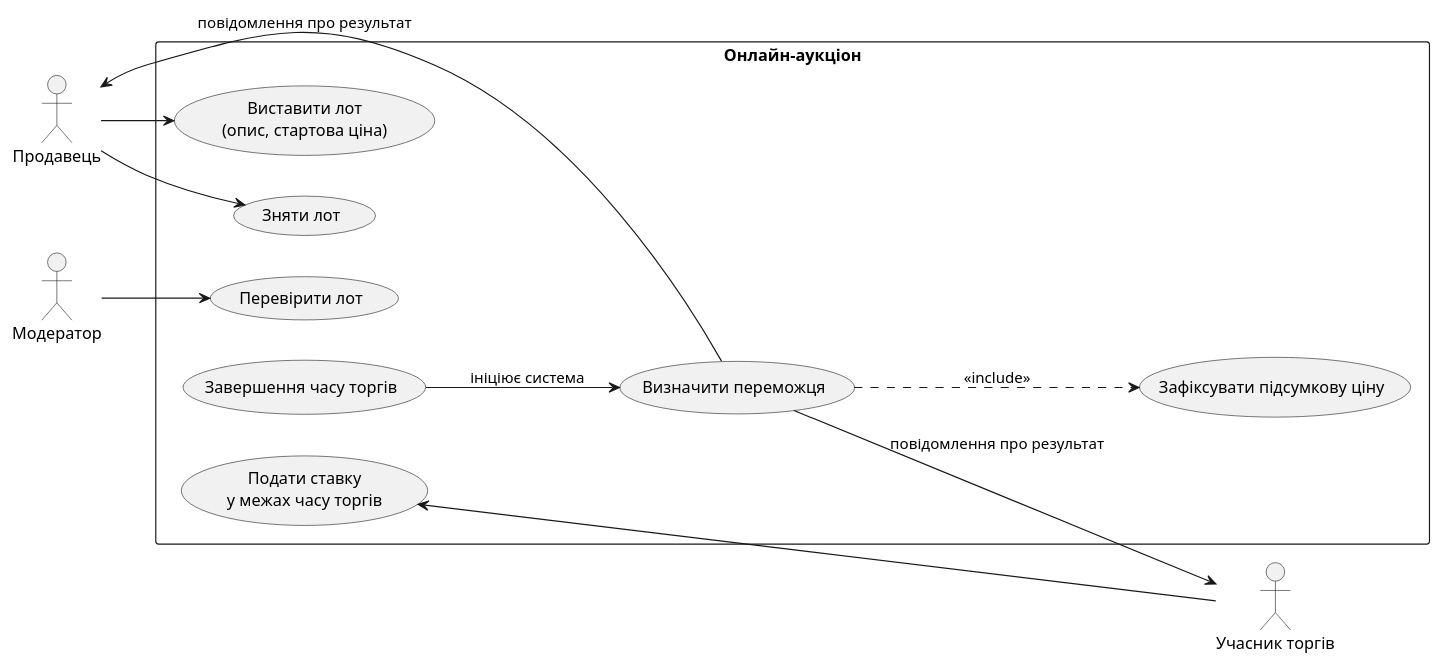
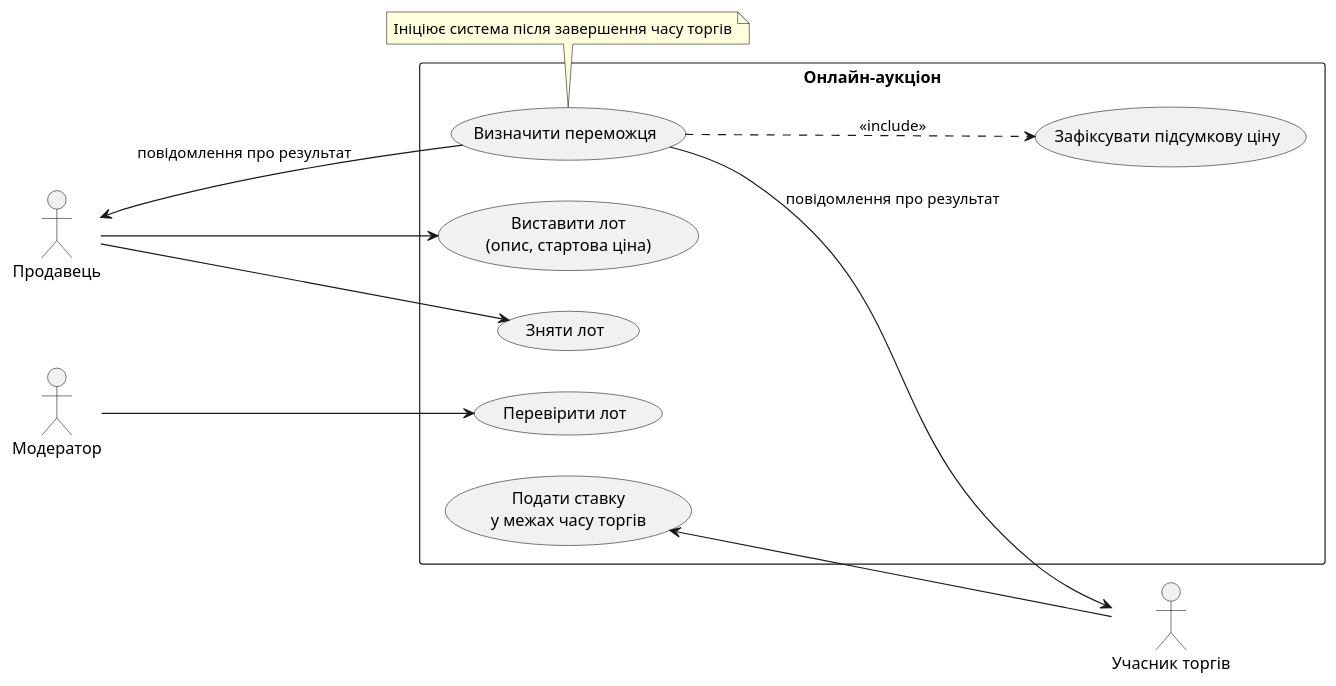
The diagram in docs/usecase.puml (KitoragiVioleta/onlineauction), drawn with PlantUML before and after one commit.

Commit message:
fix: use note for system-initiated winner determination

```diff
--- a/docs/usecase.puml
+++ b/docs/usecase.puml
@@ -1,28 +1,29 @@
 @startuml
 left to right direction
 skinparam packageStyle rectangle
 
 actor "Продавець" as Seller
 actor "Учасник торгів" as Bidder
 actor "Модератор" as Moderator
 
 rectangle "Онлайн-аукціон" {
   usecase "Виставити лот\n(опис, стартова ціна)" as UC_CreateLot
   usecase "Зняти лот" as UC_WithdrawLot
   usecase "Перевірити лот" as UC_ReviewLot
   usecase "Подати ставку\nу межах часу торгів" as UC_PlaceBid
-  usecase "Завершення часу торгів" as UC_AuctionTimeout
   usecase "Визначити переможця" as UC_DetermineWinner
   usecase "Зафіксувати підсумкову ціну" as UC_FinalPrice
 }
 
 Seller --> UC_CreateLot
 Seller --> UC_WithdrawLot
 Moderator --> UC_ReviewLot
 Bidder --> UC_PlaceBid
 
-UC_AuctionTimeout --> UC_DetermineWinner : ініціює система
 UC_DetermineWinner ..> UC_FinalPrice : <<include>>
 UC_DetermineWinner --> Seller : повідомлення про результат
 UC_DetermineWinner --> Bidder : повідомлення про результат
+note bottom of UC_DetermineWinner
+  Ініціює система після завершення часу торгів
+end note
 @enduml
```
